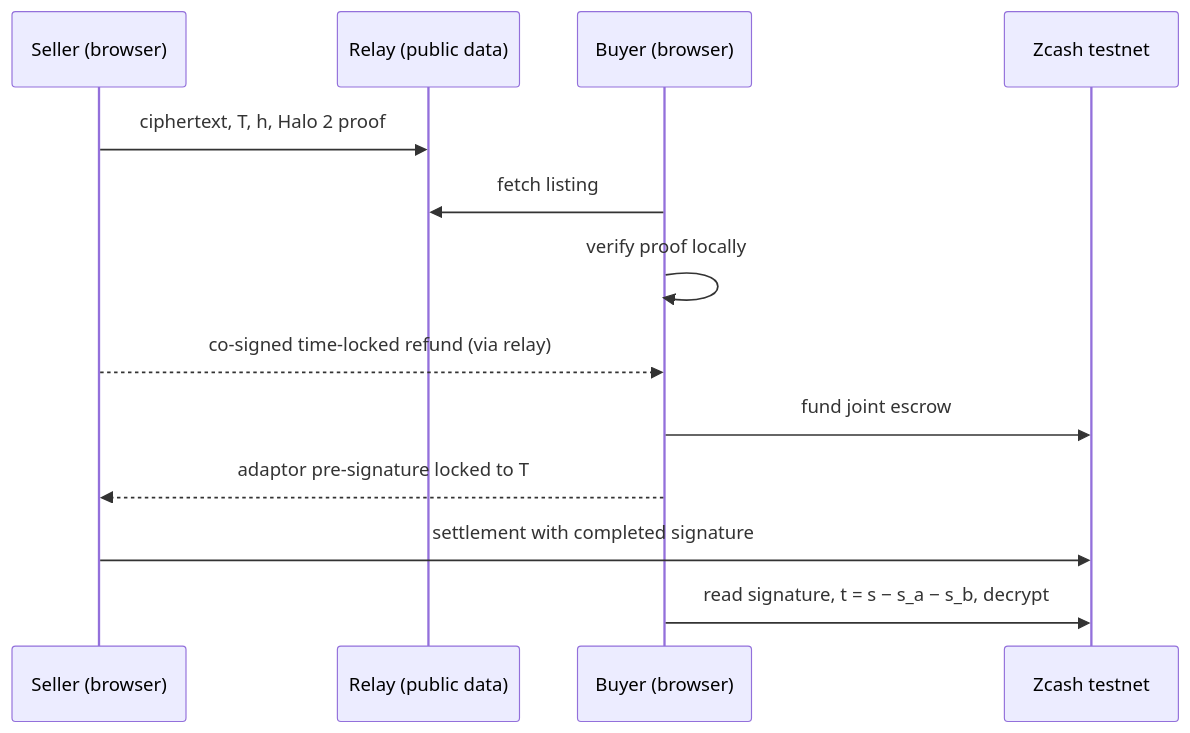
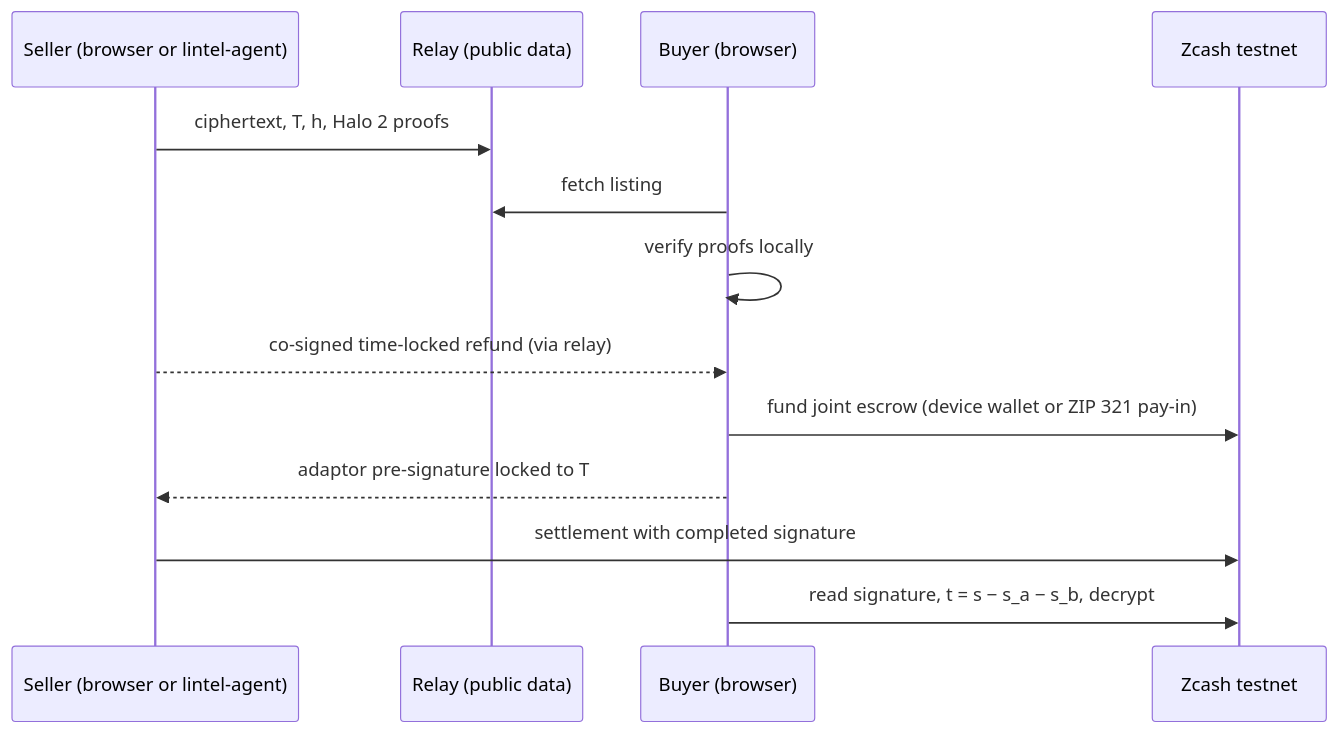
Before and after one commit to Godwin-web3/lintel: the diagram in README.md, drawn with Mermaid. The commit also changed other lines of this file and 26 other files, not shown here.

````diff
--- a/README.md
+++ b/README.md
@@ -38,15 +71,15 @@
 ```mermaid
 sequenceDiagram
-  participant S as Seller (browser)
+  participant S as Seller (browser or lintel-agent)
   participant R as Relay (public data)
   participant B as Buyer (browser)
   participant Z as Zcash testnet
-  S->>R: ciphertext, T, h, Halo 2 proof
+  S->>R: ciphertext, T, h, Halo 2 proofs
   B->>R: fetch listing
-  B->>B: verify proof locally
+  B->>B: verify proofs locally
   S-->>B: co-signed time-locked refund (via relay)
-  B->>Z: fund joint escrow
+  B->>Z: fund joint escrow (device wallet or ZIP 321 pay-in)
   B-->>S: adaptor pre-signature locked to T
   S->>Z: settlement with completed signature
   B->>Z: read signature, t = s − s_a − s_b, decrypt
 ```
````
